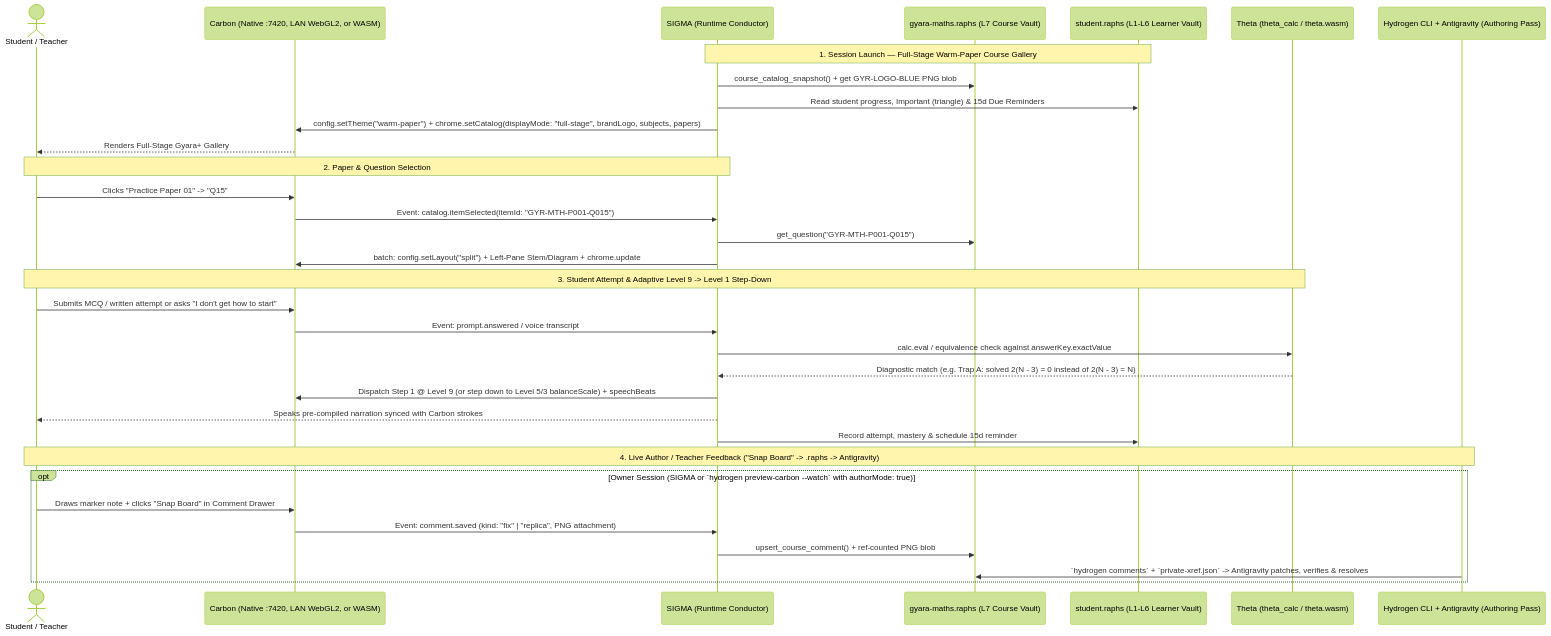
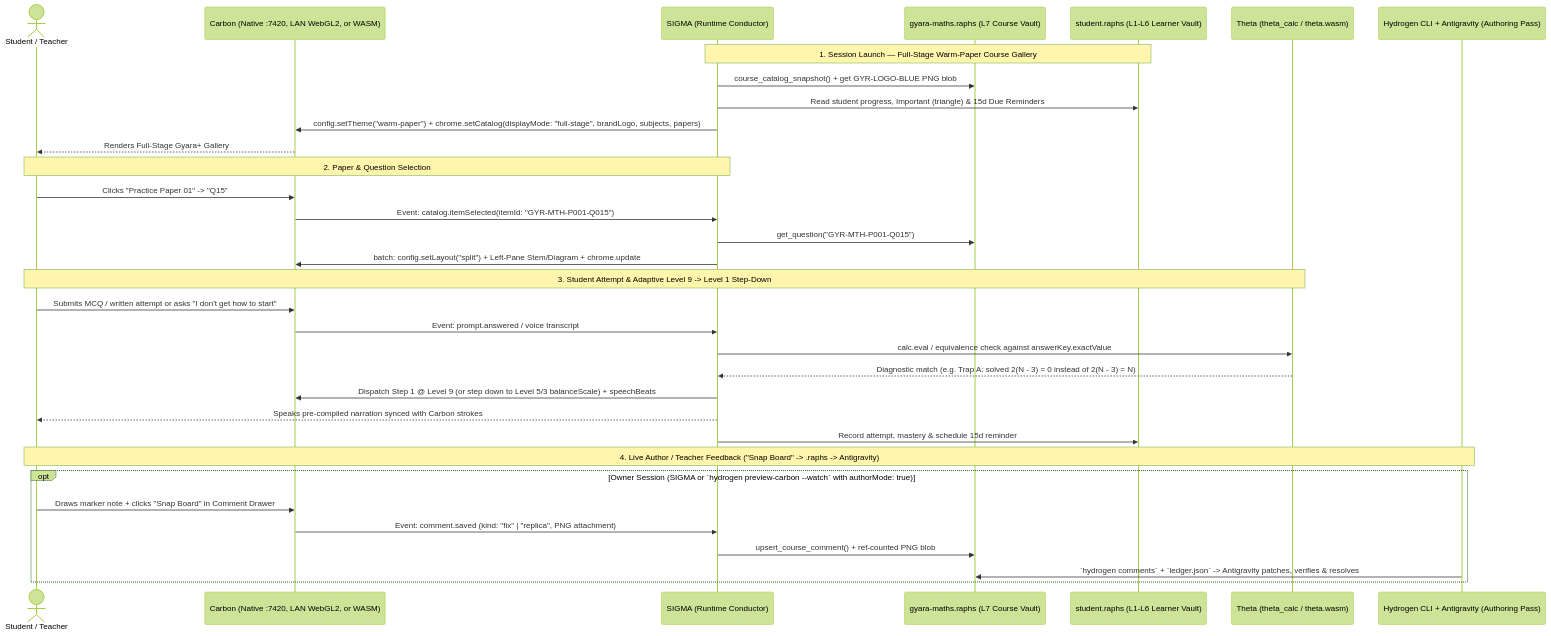
Before and after one commit to raphsaeed/hydrogen: the second of 3 diagrams in docs/system-architecture.md, drawn with Mermaid (forest theme). The commit also changed other lines of this file and 22 other files, not shown here.

Commit message:
Complete Phase 3: unified sub-product ledger.json, status.html, two-way Carbon --watch & visual/media CLI

````diff
--- a/docs/system-architecture.md
+++ b/docs/system-architecture.md
@@ -127,39 +127,39 @@
 ```mermaid
 sequenceDiagram
     actor Stu as Student / Teacher
     participant Crb as Carbon (Native :7420, LAN WebGL2, or WASM)
     participant Sig as SIGMA (Runtime Conductor)
     participant CVlt as gyara-maths.raphs (L7 Course Vault)
     participant SVlt as student.raphs (L1-L6 Learner Vault)
     participant Tht as Theta (theta_calc / theta.wasm)
     participant Hyd as Hydrogen CLI + Antigravity (Authoring Pass)
 
     Note over Sig,SVlt: 1. Session Launch — Full-Stage Warm-Paper Course Gallery
     Sig->>CVlt: course_catalog_snapshot() + get GYR-LOGO-BLUE PNG blob
     Sig->>SVlt: Read student progress, Important (triangle) & 15d Due Reminders
     Sig->>Crb: config.setTheme("warm-paper") + chrome.setCatalog(displayMode: "full-stage", brandLogo, subjects, papers)
     Crb-->>Stu: Renders Full-Stage Gyara+ Gallery
 
     Note over Stu,Sig: 2. Paper & Question Selection
     Stu->>Crb: Clicks "Practice Paper 01" -> "Q15"
     Crb->>Sig: Event: catalog.itemSelected(itemId: "GYR-MTH-P001-Q015")
     Sig->>CVlt: get_question("GYR-MTH-P001-Q015")
     Sig->>Crb: batch: config.setLayout("split") + Left-Pane Stem/Diagram + chrome.update
 
     Note over Stu,Tht: 3. Student Attempt & Adaptive Level 9 -> Level 1 Step-Down
     Stu->>Crb: Submits MCQ / written attempt or asks "I don't get how to start"
     Crb->>Sig: Event: prompt.answered / voice transcript
     Sig->>Tht: calc.eval / equivalence check against answerKey.exactValue
     Tht-->>Sig: Diagnostic match (e.g. Trap A: solved 2(N - 3) = 0 instead of 2(N - 3) = N)
     Sig->>Crb: Dispatch Step 1 @ Level 9 (or step down to Level 5/3 balanceScale) + speechBeats
     Sig-->>Stu: Speaks pre-compiled narration synced with Carbon strokes
     Sig->>SVlt: Record attempt, mastery & schedule 15d reminder
 
     Note over Stu,Hyd: 4. Live Author / Teacher Feedback ("Snap Board" -> .raphs -> Antigravity)
     opt Owner Session (SIGMA or `hydrogen preview-carbon --watch` with authorMode: true)
         Stu->>Crb: Draws marker note + clicks "Snap Board" in Comment Drawer
         Crb->>Sig: Event: comment.saved (kind: "fix" | "replica", PNG attachment)
         Sig->>CVlt: upsert_course_comment() + ref-counted PNG blob
-        Hyd->>CVlt: `hydrogen comments` + `private-xref.json` -> Antigravity patches, verifies & resolves
+        Hyd->>CVlt: `hydrogen comments` + `ledger.json` -> Antigravity patches, verifies & resolves
     end
 ```
````
